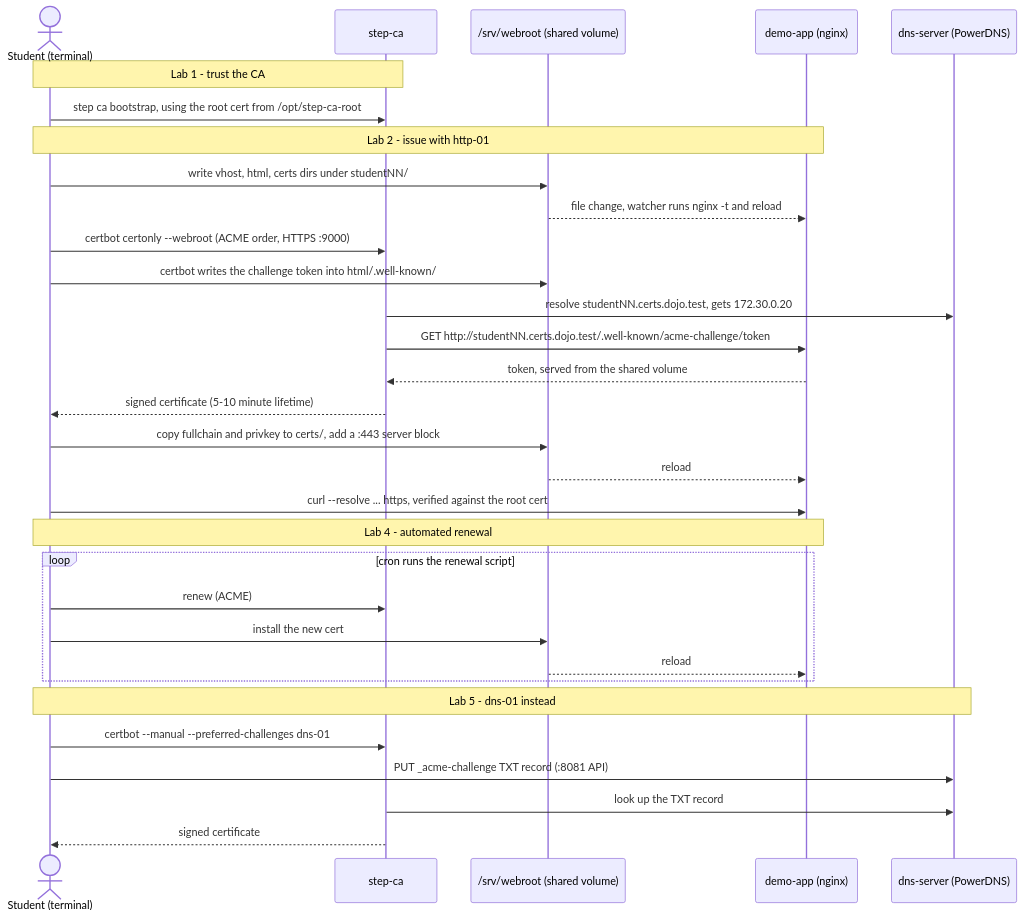
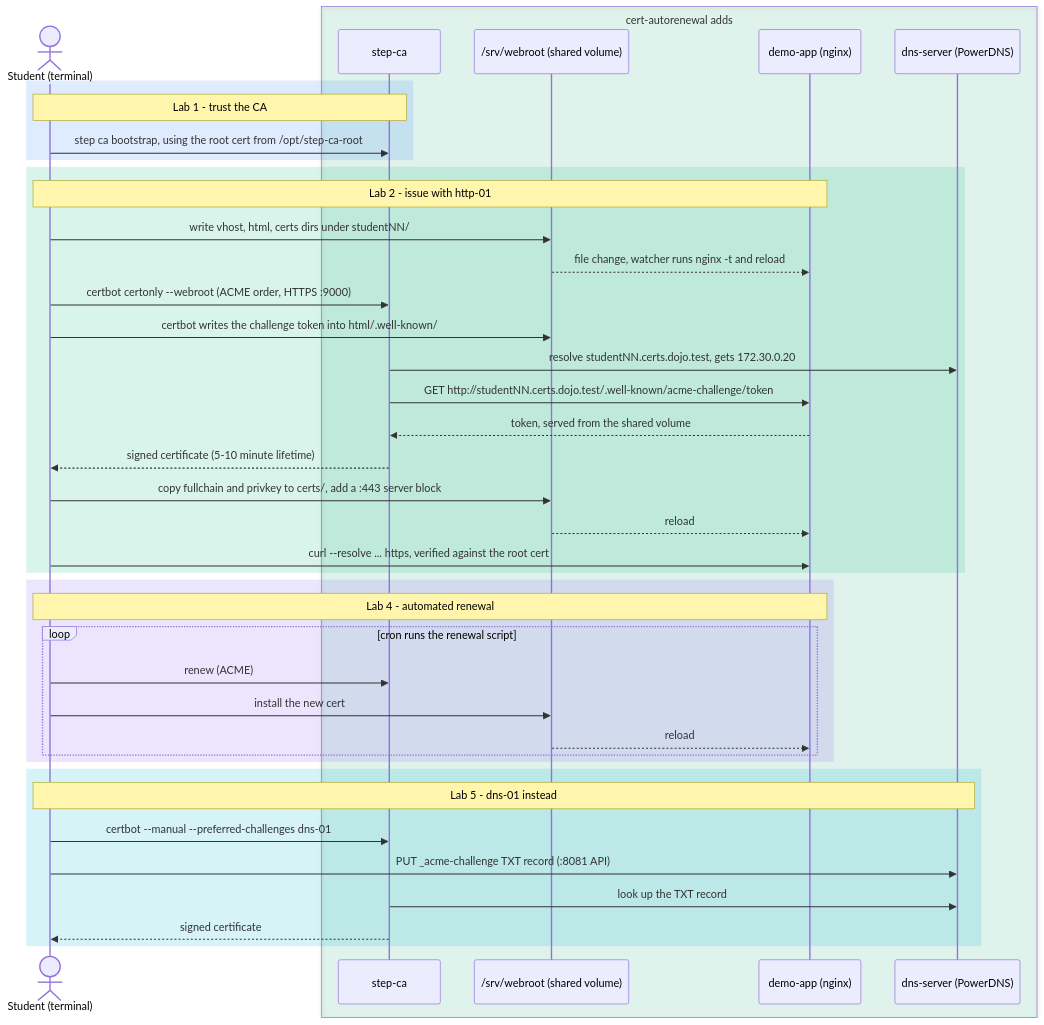
The eighth of 11 diagrams in README.md (fiddler110/GitOps_Dojo), drawn with Mermaid before and after one commit. The commit also changed other lines of this file, not shown here.

First line of the commit message:
Colour the README diagrams by role

````diff
--- a/README.md
+++ b/README.md
@@ -403,37 +478,47 @@
 ```mermaid
 sequenceDiagram
     actor S as Student (terminal)
+    box rgba(16,185,129,0.1) cert-autorenewal adds
     participant CA as step-ca
     participant V as /srv/webroot (shared volume)
     participant APP as demo-app (nginx)
     participant DNS as dns-server (PowerDNS)
+    end
 
+    rect rgba(59,130,246,0.16)
     Note over S,CA: Lab 1 - trust the CA
     S->>CA: step ca bootstrap, using the root cert from /opt/step-ca-root
+    end
 
+    rect rgba(16,185,129,0.16)
     Note over S,APP: Lab 2 - issue with http-01
     S->>V: write vhost, html, certs dirs under studentNN/
     V-->>APP: file change, watcher runs nginx -t and reload
     S->>CA: certbot certonly --webroot (ACME order, HTTPS :9000)
     S->>V: certbot writes the challenge token into html/.well-known/
     CA->>DNS: resolve studentNN.certs.dojo.test, gets 172.30.0.20
     CA->>APP: GET http://studentNN.certs.dojo.test/.well-known/acme-challenge/token
     APP-->>CA: token, served from the shared volume
     CA-->>S: signed certificate (5-10 minute lifetime)
     S->>V: copy fullchain and privkey to certs/, add a :443 server block
     V-->>APP: reload
     S->>APP: curl --resolve ... https, verified against the root cert
+    end
 
+    rect rgba(139,92,246,0.16)
     Note over S,APP: Lab 4 - automated renewal
     loop cron runs the renewal script
         S->>CA: renew (ACME)
         S->>V: install the new cert
         V-->>APP: reload
     end
+    end
 
+    rect rgba(6,182,212,0.16)
     Note over S,DNS: Lab 5 - dns-01 instead
     S->>CA: certbot --manual --preferred-challenges dns-01
     S->>DNS: PUT _acme-challenge TXT record (:8081 API)
     CA->>DNS: look up the TXT record
     CA-->>S: signed certificate
+    end
 ```
````
